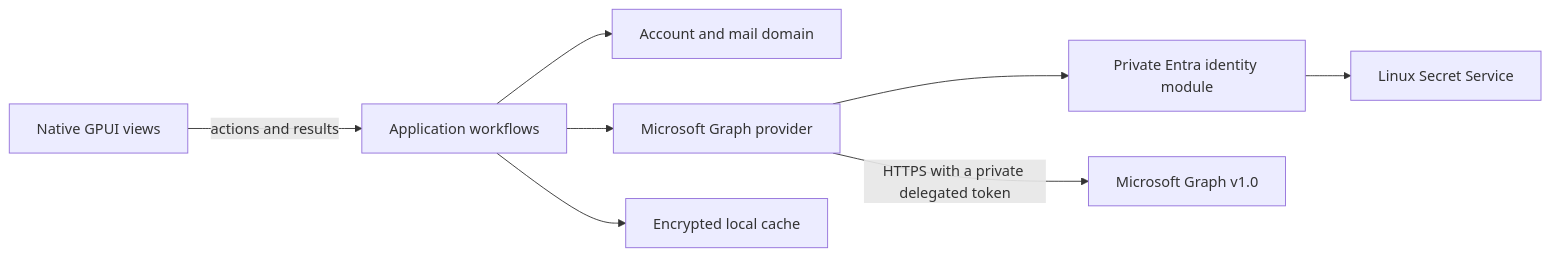
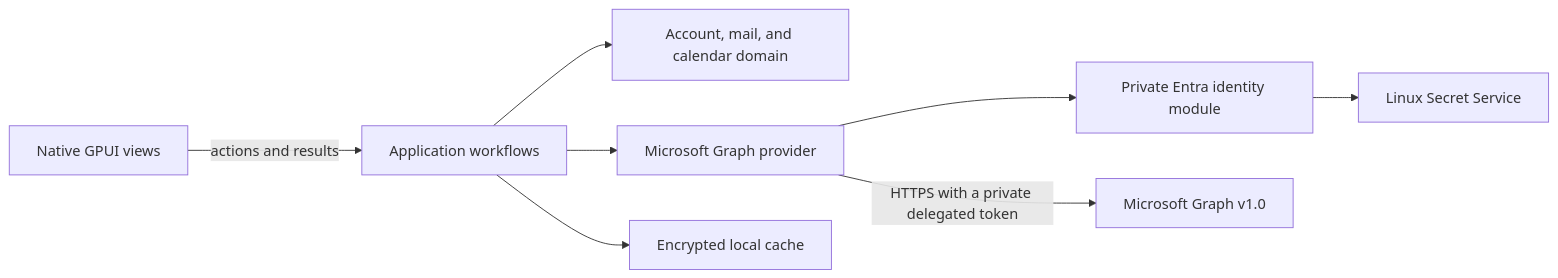
One commit to 1fach/einfach-mail changed the diagram in docs/architecture/system.md. Above: the diagram before and after it, drawn with Mermaid. The commit also changed other lines of this file and 33 other files, not shown here.

````diff
--- a/docs/architecture/system.md
+++ b/docs/architecture/system.md
@@ -7,10 +7,10 @@
 ```mermaid
 flowchart LR
     View[Native GPUI views] -->|actions and results| App[Application workflows]
-    App --> Domain[Account and mail domain]
+    App --> Domain[Account, mail, and calendar domain]
     App --> Graph[Microsoft Graph provider]
     App --> Store[Encrypted local cache]
     Graph --> Identity[Private Entra identity module]
     Identity --> Vault[Linux Secret Service]
     Graph -->|HTTPS with a private delegated token| MS[Microsoft Graph v1.0]
 ```
````
